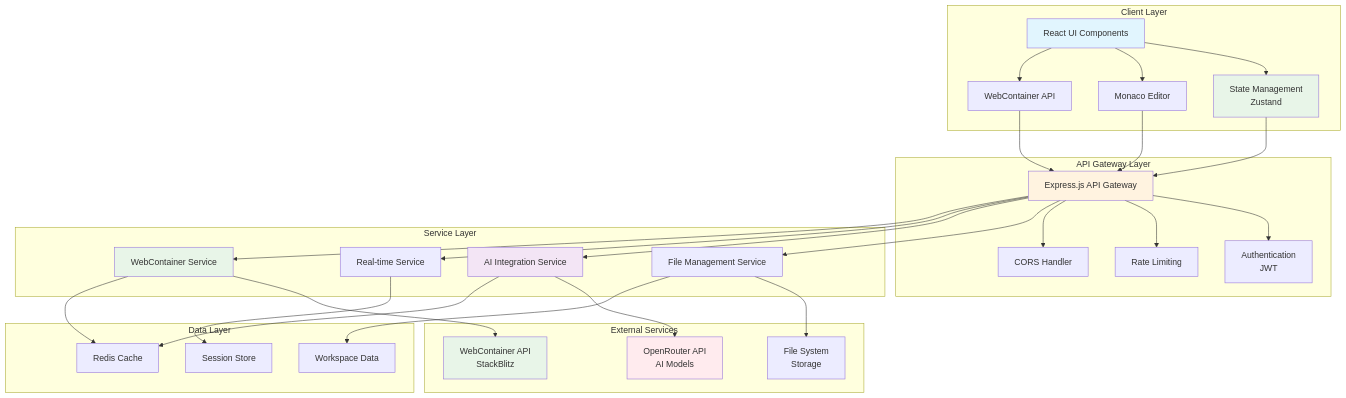
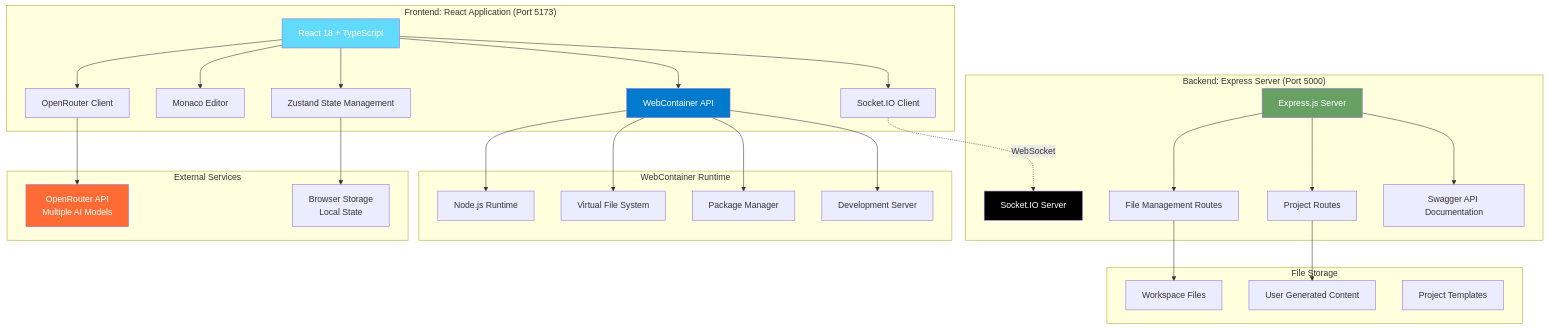
One commit to nishant-iith/autocode changed the first of 12 diagrams in markdown-docs/03-system-architecture.md. Above: the diagram before and after it, drawn with Mermaid. The commit also changed other lines of this file and 5 other files, not shown here.

````diff
--- a/markdown-docs/03-system-architecture.md
+++ b/markdown-docs/03-system-architecture.md
@@ -11,68 +11,64 @@
 ```mermaid
 graph TB
-    subgraph "Client Layer"
-        UI[React UI Components]
-        State[State Management<br/>Zustand]
-        Monaco[Monaco Editor]
-        WebContainers[WebContainer API]
+    subgraph "Frontend: React Application (Port 5173)"
+        ReactApp[React 18 + TypeScript]
+        ZustandStores[Zustand State Management]
+        MonacoEditor[Monaco Editor]
+        WebContainer[WebContainer API]
+        OpenRouterClient[OpenRouter Client]
+        SocketIOClient[Socket.IO Client]
     end
 
-    subgraph "API Gateway Layer"
-        Gateway[Express.js API Gateway]
-        Auth[Authentication<br/>JWT]
-        RateLimit[Rate Limiting]
-        CORS[CORS Handler]
+    subgraph "Backend: Express Server (Port 5000)"
+        ExpressServer[Express.js Server]
+        SocketIOServer[Socket.IO Server]
+        FileRoutes[File Management Routes]
+        ProjectRoutes[Project Routes]
+        SwaggerDocs[Swagger API Documentation]
     end
 
-    subgraph "Service Layer"
-        FileService[File Management Service]
-        AIService[AI Integration Service]
-        WebSocketService[Real-time Service]
-        WebContainerService[WebContainer Service]
+    subgraph "WebContainer Runtime"
+        NodeJS[Node.js Runtime]
+        FileSystem[Virtual File System]
+        NPM[Package Manager]
+        DevServer[Development Server]
     end
 
     subgraph "External Services"
-        OpenRouter[OpenRouter API<br/>AI Models]
-        WebContainerAPI[WebContainer API<br/>StackBlitz]
-        FileSystem[File System<br/>Storage]
+        OpenRouterAPI[OpenRouter API<br/>Multiple AI Models]
+        BrowserStorage[Browser Storage<br/>Local State]
     end
 
-    subgraph "Data Layer"
-        Workspace[Workspace Data]
-        UserSessions[Session Store]
-        Cache[Redis Cache]
+    subgraph "File Storage"
+        Workspaces[Workspace Files]
+        UserFiles[User Generated Content]
+        Templates[Project Templates]
     end
 
-    UI --> State
-    UI --> Monaco
-    UI --> WebContainers
-    State --> Gateway
-    Monaco --> Gateway
-    WebContainers --> Gateway
+    ReactApp --> ZustandStores
+    ReactApp --> MonacoEditor
+    ReactApp --> WebContainer
+    ReactApp --> OpenRouterClient
+    ReactApp --> SocketIOClient
 
-    Gateway --> Auth
-    Gateway --> RateLimit
-    Gateway --> CORS
+    WebContainer --> NodeJS
+    WebContainer --> FileSystem
+    WebContainer --> NPM
+    WebContainer --> DevServer
 
-    Gateway --> FileService
-    Gateway --> AIService
-    Gateway --> WebSocketService
-    Gateway --> WebContainerService
+    SocketIOClient -.->|WebSocket| SocketIOServer
+    OpenRouterClient --> OpenRouterAPI
+    ExpressServer --> FileRoutes
+    ExpressServer --> ProjectRoutes
+    ExpressServer --> SwaggerDocs
 
-    AIService --> OpenRouter
-    WebContainerService --> WebContainerAPI
-    FileService --> FileSystem
-    WebSocketService --> UserSessions
+    FileRoutes --> Workspaces
+    ProjectRoutes --> UserFiles
+    ZustandStores --> BrowserStorage
 
-    FileService --> Workspace
-    AIService --> Cache
-    WebContainerService --> Cache
-
-    style UI fill:#e1f5fe
-    style State fill:#e8f5e8
-    style Gateway fill:#fff3e0
-    style AIService fill:#f3e5f5
-    style WebContainerService fill:#e8f5e8
-    style OpenRouter fill:#ffebee
-    style WebContainerAPI fill:#e8f5e8
+    style ReactApp fill:#61DAFB,color:#fff
+    style ExpressServer fill:#68A063,color:#fff
+    style WebContainer fill:#007ACC,color:#fff
+    style OpenRouterAPI fill:#FF6B35,color:#fff
+    style SocketIOServer fill:#010101,color:#fff
 ```
````
